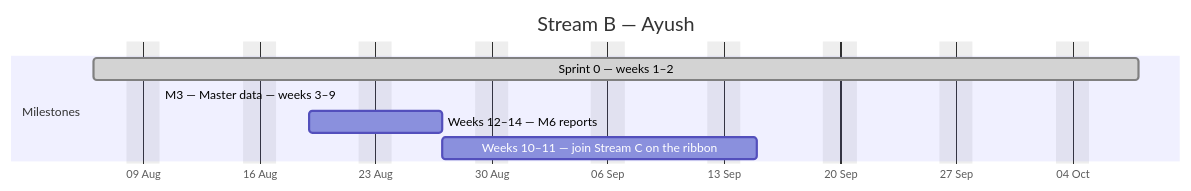
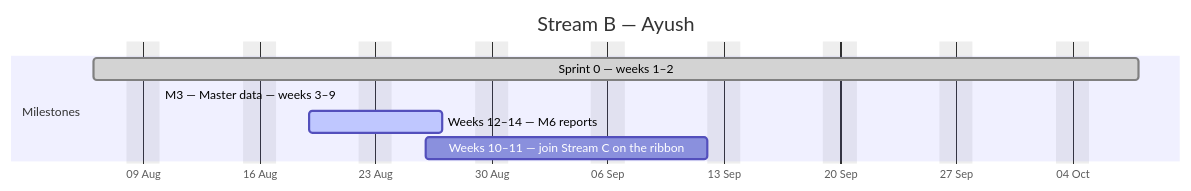
One commit to debashisedunext/EduTrack changed the second of 4 diagrams in docs/plan/GANTT.md. Above: the diagram before and after it, drawn with Mermaid. The commit also changed other lines of this file and 3 other files, not shown here.

````diff
--- a/docs/plan/GANTT.md
+++ b/docs/plan/GANTT.md
@@ -119,12 +115,12 @@
 ```mermaid
 gantt
     dateFormat YYYY-MM-DD
     axisFormat %d %b
     title Stream B — Ayush
     excludes weekends
     section Milestones
     Sprint 0 — weeks 1–2 :done, b0, 2026-08-06, 45d
-    M3 — Master data — weeks 3–9 :active, b1, 2026-08-10, -9d
-    Weeks 12–14 — M6 reports :b2, 2026-08-19, 6d
-    Weeks 10–11 — join Stream C on the ribbon :b3, 2026-08-27, 13d
+    M3 — Master data — weeks 3–9 :active, b1, 2026-08-10, -10d
+    Weeks 12–14 — M6 reports :active, b2, 2026-08-19, 6d
+    Weeks 10–11 — join Stream C on the ribbon :b3, 2026-08-26, 13d
 ```
````
